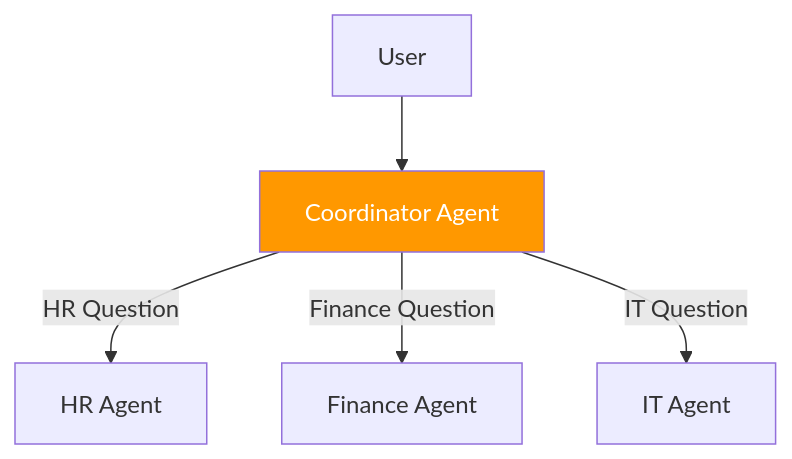
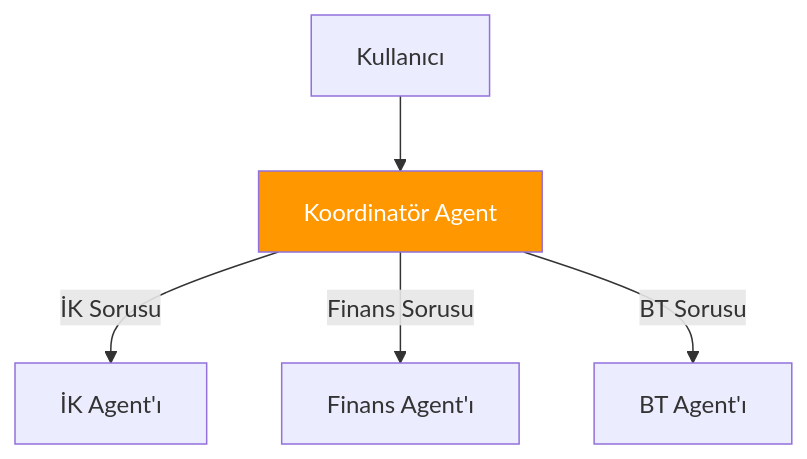
The seventh of 8 diagrams in Technical Tutorials/BTP/TR/chapters/10-building-agents.md (beyhanmeyrali/sap-all), drawn with Mermaid before and after one commit. The commit also changed other lines of this file and 11 other files, not shown here.

````diff
--- a/Technical Tutorials/BTP/TR/chapters/10-building-agents.md
+++ b/Technical Tutorials/BTP/TR/chapters/10-building-agents.md
@@ -422,9 +422,9 @@
 ```mermaid
 graph TD
-    U[User] --> M[Coordinator Agent]
-    M --> |HR Question| A1[HR Agent]
-    M --> |Finance Question| A2[Finance Agent]
-    M --> |IT Question| A3[IT Agent]
+    U[Kullanıcı] --> M[Koordinatör Agent]
+    M --> |İK Sorusu| A1[İK Agent'ı]
+    M --> |Finans Sorusu| A2[Finans Agent'ı]
+    M --> |BT Sorusu| A3[BT Agent'ı]
 
     style M fill:#FF9800,color:white
 ```
````
